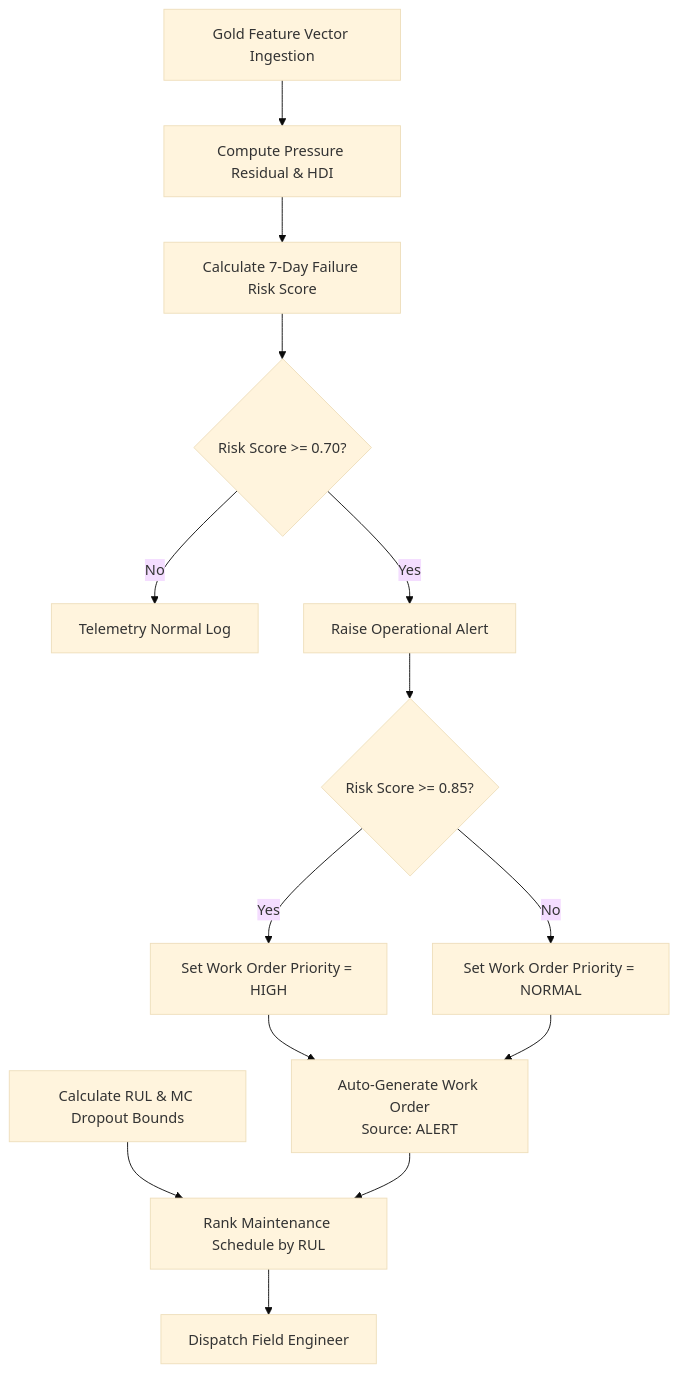
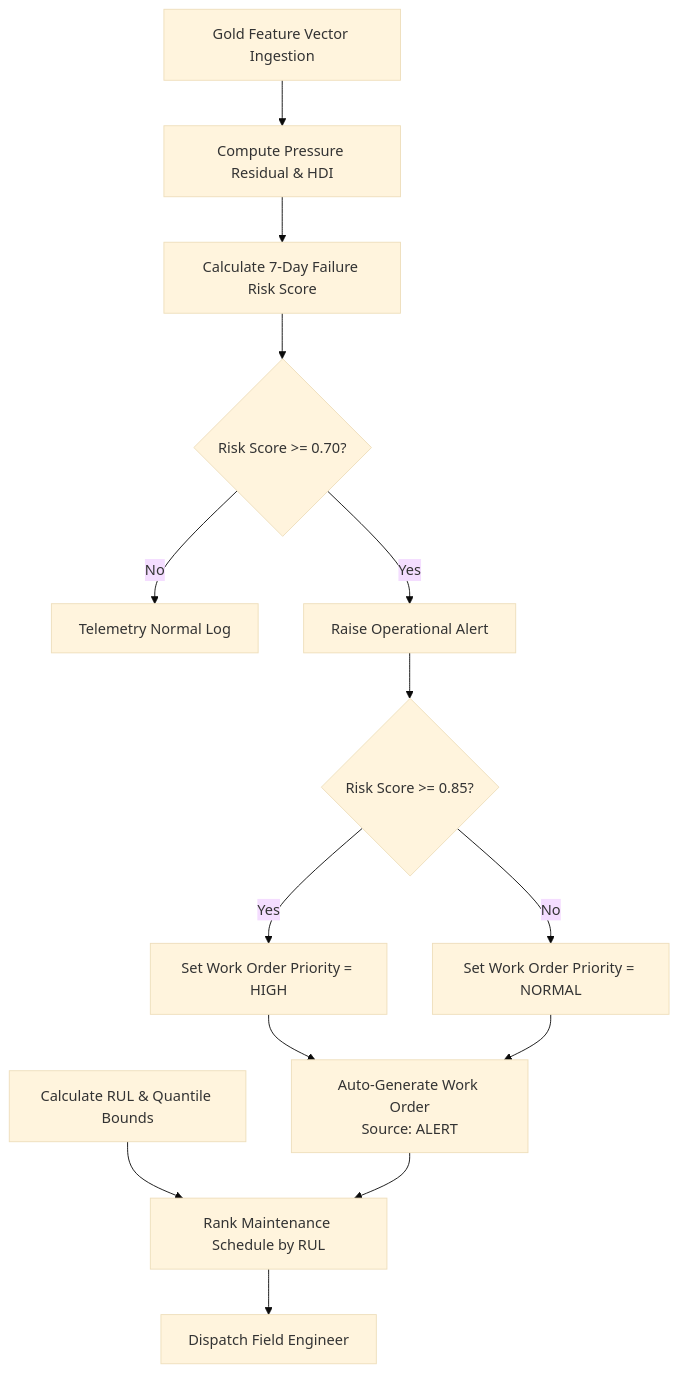
Before and after one commit to Obunde/Flowguard_Backend: the third of 4 diagrams in README.md, drawn with Mermaid (base theme). The commit also changed other lines of this file and 20 other files, not shown here.

````diff
--- a/README.md
+++ b/README.md
@@ -198,20 +198,20 @@
 ```mermaid
 flowchart TD
     Telemetry[Gold Feature Vector Ingestion] --> Physics[Compute Pressure Residual & HDI]
     Physics --> RiskCalc[Calculate 7-Day Failure Risk Score]
     
     RiskCalc --> RiskCheck{Risk Score >= 0.70?}
     RiskCheck -->|No| Safe[Telemetry Normal Log]
     
     RiskCheck -->|Yes| Alert[Raise Operational Alert]
     Alert --> PriorityCheck{Risk Score >= 0.85?}
     
     PriorityCheck -->|Yes| HighPri[Set Work Order Priority = HIGH]
     PriorityCheck -->|No| NormPri[Set Work Order Priority = NORMAL]
     
     HighPri & NormPri --> AutoWO[Auto-Generate Work Order\nSource: ALERT]
     
-    RULCalc[Calculate RUL & MC Dropout Bounds] --> RankSchedule[Rank Maintenance Schedule by RUL]
+    RULCalc[Calculate RUL & Quantile Bounds] --> RankSchedule[Rank Maintenance Schedule by RUL]
     AutoWO --> RankSchedule
     RankSchedule --> Dispatch[Dispatch Field Engineer]
 ```
````
